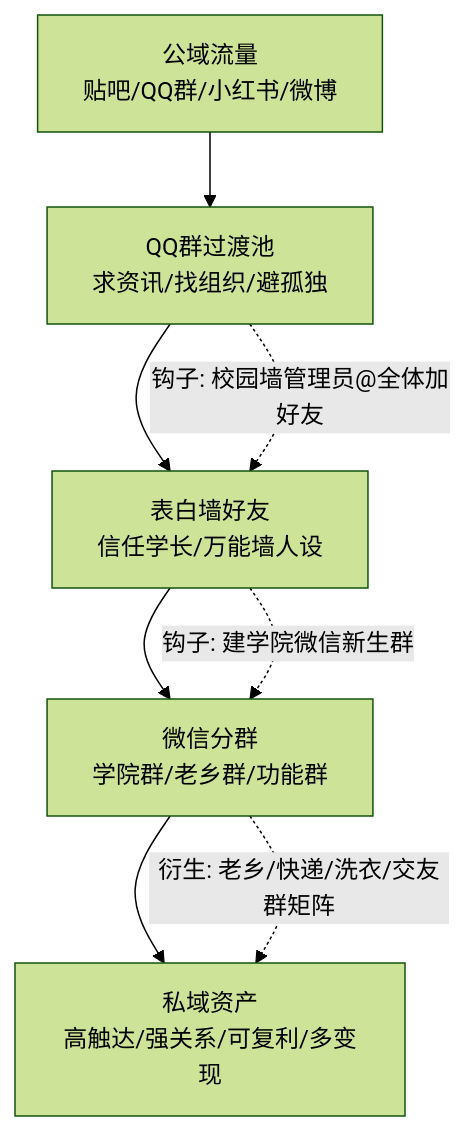
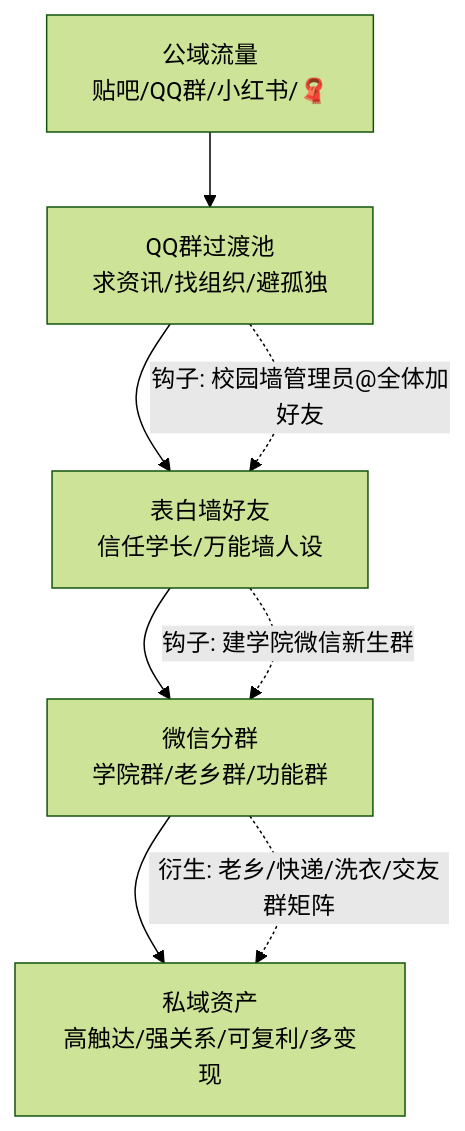
One commit to OpenDocCN1/flygon-zhuanqian-zhoubao changed the fourth of 19 diagrams in docs/202303_paper2textbook/asset/body_fix_2a77581c5af5cacf2c736ac308a8f564_3cf5f28d6ee5ee42b85c8e2c18b9bac8_511abf36cee83a33a8e237d69215a3fd_b45ecdf777756e9875ab13be7b2caeb9.md. Above: the diagram before and after it, drawn with Mermaid (forest theme). The commit also changed other lines of this file and 6688 other files, not shown here.

````diff
--- a/docs/202303_paper2textbook/asset/body_fix_2a77581c5af5cacf2c736ac308a8f564_3cf5f28d6ee5ee42b85c8e2c18b9bac8_511abf36cee83a33a8e237d69215a3fd_b45ecdf777756e9875ab13be7b2caeb9.md
+++ b/docs/202303_paper2textbook/asset/body_fix_2a77581c5af5cacf2c736ac308a8f564_3cf5f28d6ee5ee42b85c8e2c18b9bac8_511abf36cee83a33a8e237d69215a3fd_b45ecdf777756e9875ab13be7b2caeb9.md
@@ -270,11 +270,11 @@
 ```mermaid
 flowchart TD
-    A[公域流量<br/>贴吧/QQ群/小红书/微博] --> B[QQ群过渡池<br/>求资讯/找组织/避孤独]
+    A[公域流量<br/>贴吧/QQ群/小红书/🧣] --> B[QQ群过渡池<br/>求资讯/找组织/避孤独]
     B --> C[表白墙好友<br/>信任学长/万能墙人设]
     C --> D[微信分群<br/>学院群/老乡群/功能群]
     D --> E[私域资产<br/>高触达/强关系/可复利/多变现]
     
     B -.->|钩子: 校园墙管理员@全体加好友| C
     C -.->|钩子: 建学院微信新生群| D
     D -.->|衍生: 老乡/快递/洗衣/交友群矩阵| E
 ```
````
